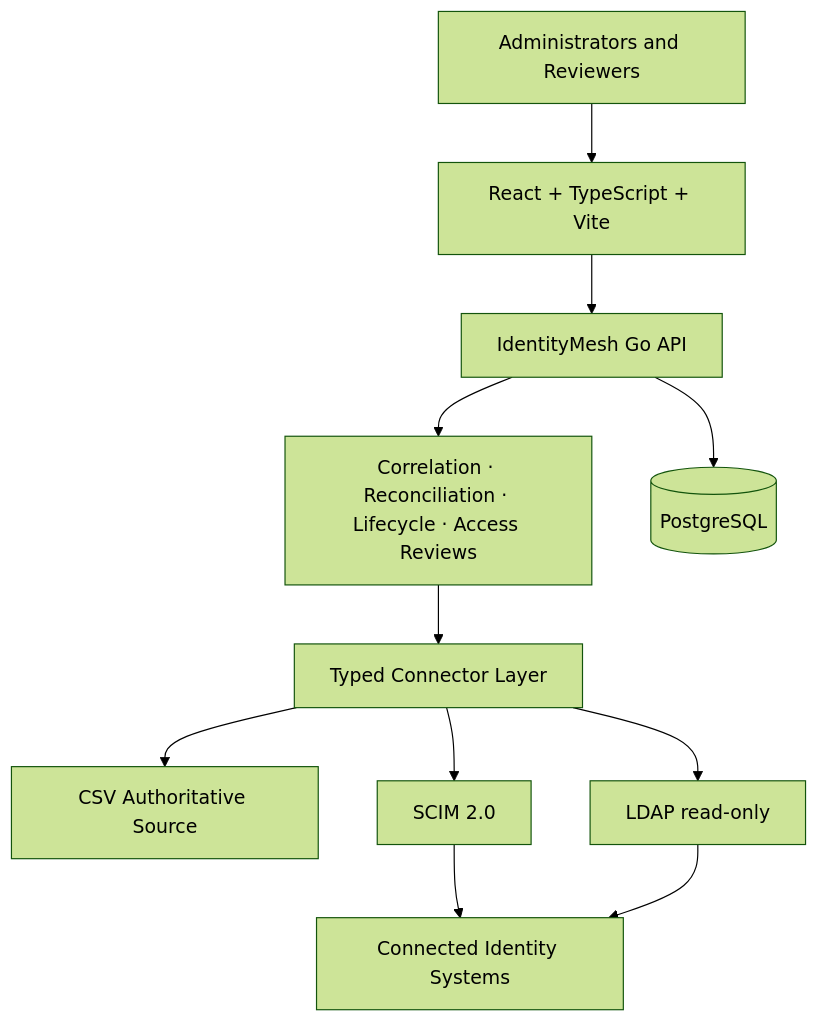
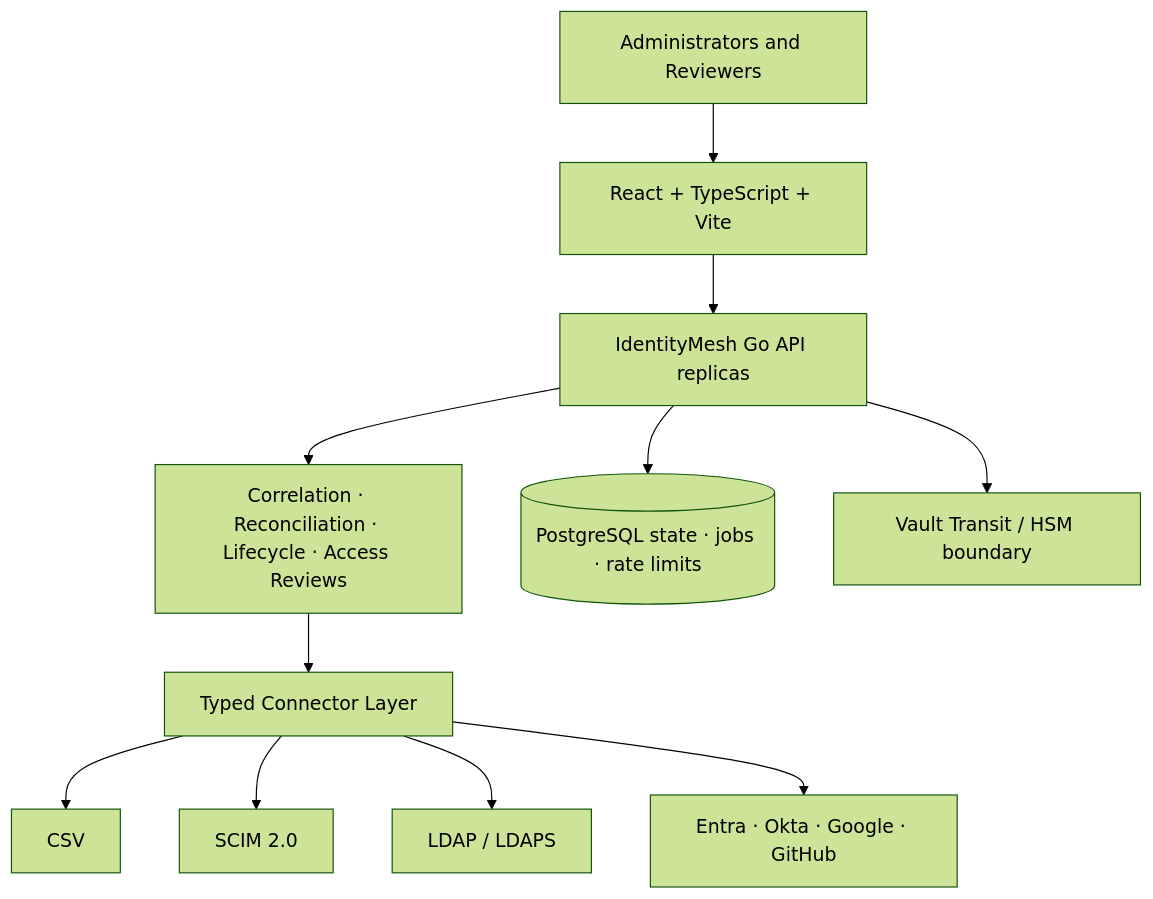
One commit to thiagomontozo/identitymesh changed the second of 3 diagrams in README.md. Above: the diagram before and after it, drawn with Mermaid (forest theme). The commit also changed other lines of this file and 294 other files, not shown here.

````diff
--- a/README.md
+++ b/README.md
@@ -57,13 +53,13 @@
 ```mermaid
 flowchart TB
   U[Administrators and Reviewers] --> F[React + TypeScript + Vite]
-  F --> API[IdentityMesh Go API]
+  F --> API[IdentityMesh Go API replicas]
   API --> CORE[Correlation · Reconciliation · Lifecycle · Access Reviews]
-  API --> PG[(PostgreSQL)]
+  API --> PG[(PostgreSQL state · jobs · rate limits)]
+  API --> VAULT[Vault Transit / HSM boundary]
   CORE --> CL[Typed Connector Layer]
-  CL --> CSV[CSV Authoritative Source]
+  CL --> CSV[CSV]
   CL --> SCIM[SCIM 2.0]
-  CL --> LDAP[LDAP read-only]
-  SCIM --> IS[Connected Identity Systems]
-  LDAP --> IS
+  CL --> LDAP[LDAP / LDAPS]
+  CL --> NATIVE[Entra · Okta · Google · GitHub]
 ```
````
